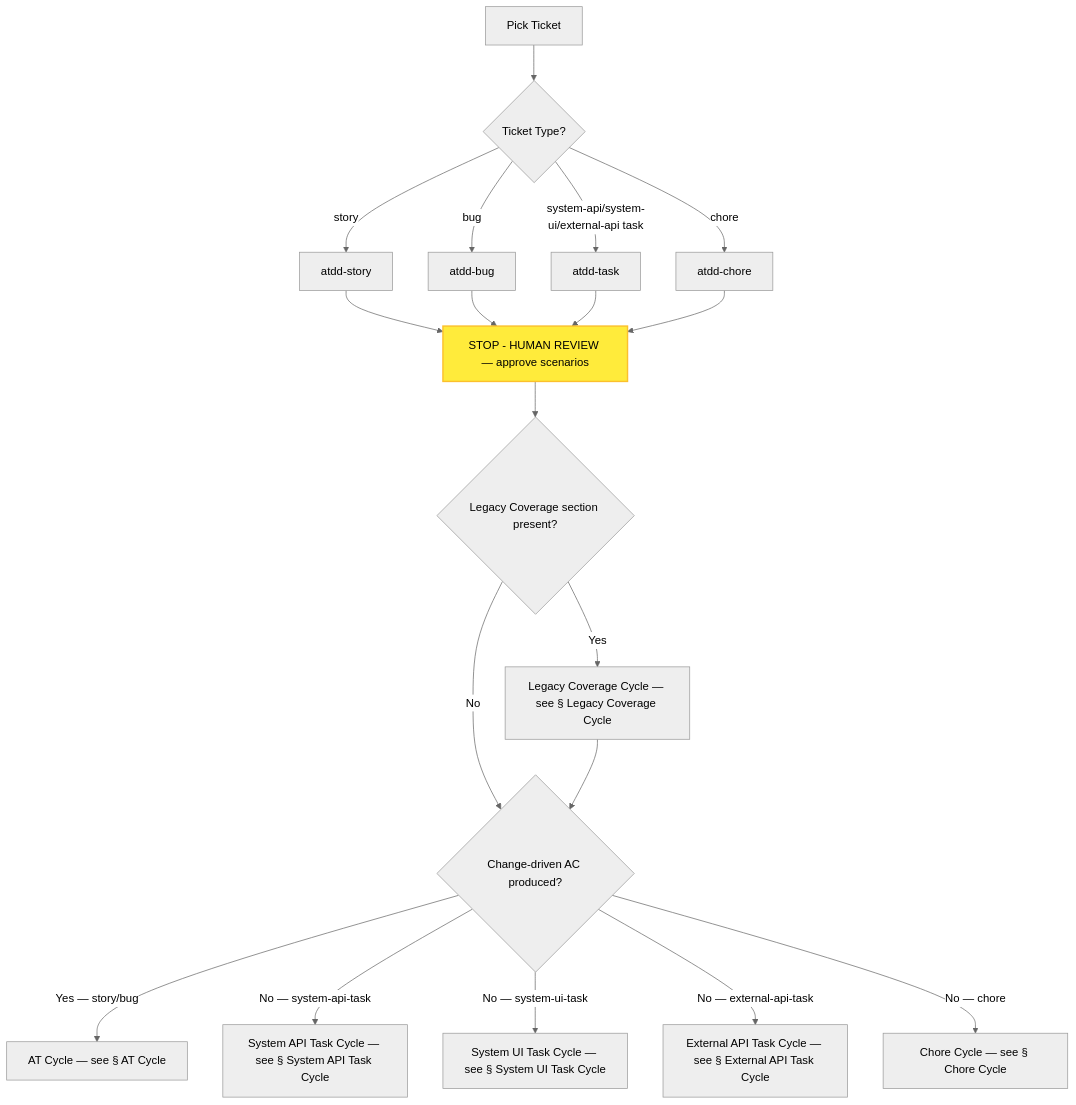
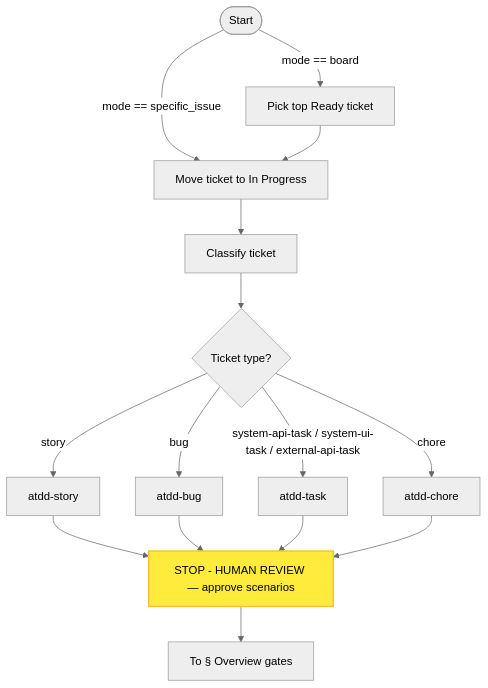
Before and after one commit to optivem/starter: the second of 9 diagrams in docs/atdd/process/diagram-process.md, drawn with Mermaid (neutral theme). The commit also changed other lines of this file and 2 other files, not shown here.

````diff
--- a/docs/atdd/process/diagram-process.md
+++ b/docs/atdd/process/diagram-process.md
@@ -65,40 +64,32 @@
 ```mermaid
 flowchart TD
-    PICK[Pick Ticket]
-    CLASSIFY{Ticket Type?}
+    START([Start])
+    PICK[Pick top Ready ticket]
+    MOVE[Move ticket to In Progress]
+    CLASSIFY[Classify ticket]
+    GATE_TYPE{Ticket type?}
     STORY[atdd-story]
     BUG[atdd-bug]
     TASK[atdd-task]
-    CHORE_AGENT[atdd-chore]
-    STOP_INTAKE["STOP - HUMAN REVIEW — approve scenarios"]
-    GATE_LEGACY{Legacy Coverage section present?}
-    GATE_CHANGE{Change-driven AC produced?}
-    LEGACY_CYCLE[Legacy Coverage Cycle — see § Legacy Coverage Cycle]
-    AT_CYCLE[AT Cycle — see § AT Cycle]
-    SYSAPI_CYCLE[System API Task Cycle — see § System API Task Cycle]
-    SYSUI_CYCLE[System UI Task Cycle — see § System UI Task Cycle]
-    EXTAPI_CYCLE[External API Task Cycle — see § External API Task Cycle]
-    CHORE_CYCLE[Chore Cycle — see § Chore Cycle]
+    CHORE_INTAKE[atdd-chore]
+    STOP_INTAKE[STOP - HUMAN REVIEW — approve scenarios]
+    OUT[To § Overview gates]
 
-    PICK --> CLASSIFY
-    CLASSIFY -->|story| STORY
-    CLASSIFY -->|bug| BUG
-    CLASSIFY -->|system-api/system-ui/external-api task| TASK
-    CLASSIFY -->|chore| CHORE_AGENT
+    START -- mode == specific_issue --> MOVE
+    START -- mode == board --> PICK
+    PICK --> MOVE
+    MOVE --> CLASSIFY
+    CLASSIFY --> GATE_TYPE
+    GATE_TYPE -- story --> STORY
+    GATE_TYPE -- bug --> BUG
+    GATE_TYPE -- system-api-task / system-ui-task / external-api-task --> TASK
+    GATE_TYPE -- chore --> CHORE_INTAKE
     STORY --> STOP_INTAKE
     BUG --> STOP_INTAKE
     TASK --> STOP_INTAKE
-    CHORE_AGENT --> STOP_INTAKE
-    STOP_INTAKE --> GATE_LEGACY
-    GATE_LEGACY -->|Yes| LEGACY_CYCLE
-    GATE_LEGACY -->|No| GATE_CHANGE
-    LEGACY_CYCLE --> GATE_CHANGE
-    GATE_CHANGE -->|Yes — story/bug| AT_CYCLE
-    GATE_CHANGE -->|No — system-api-task| SYSAPI_CYCLE
-    GATE_CHANGE -->|No — system-ui-task| SYSUI_CYCLE
-    GATE_CHANGE -->|No — external-api-task| EXTAPI_CYCLE
-    GATE_CHANGE -->|No — chore| CHORE_CYCLE
+    CHORE_INTAKE --> STOP_INTAKE
+    STOP_INTAKE --> OUT
 
     classDef humanReviewNode fill:#ffeb3b,stroke:#fbc02d,stroke-width:2px,color:#000
     class STOP_INTAKE humanReviewNode
 ```
````
